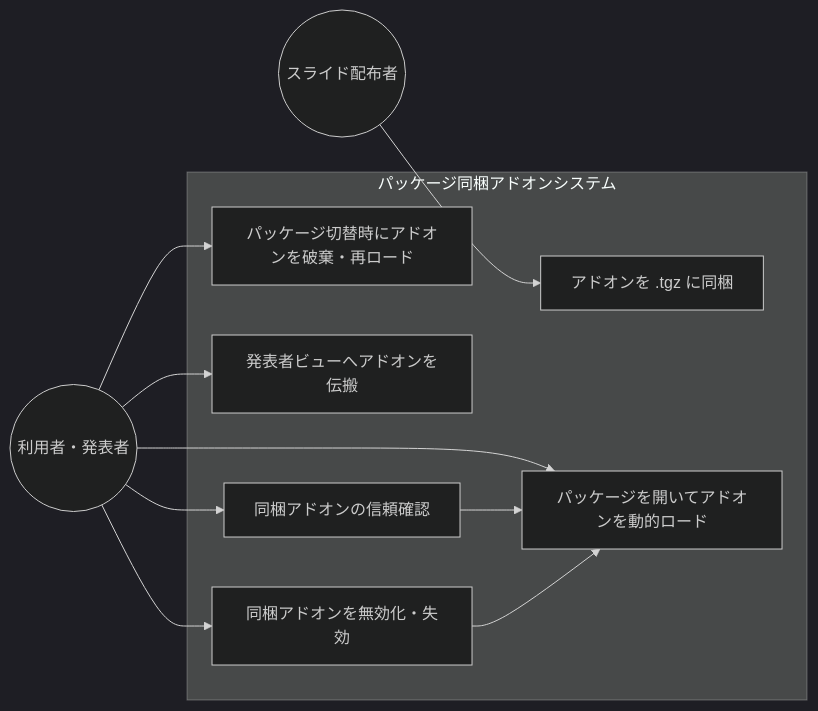
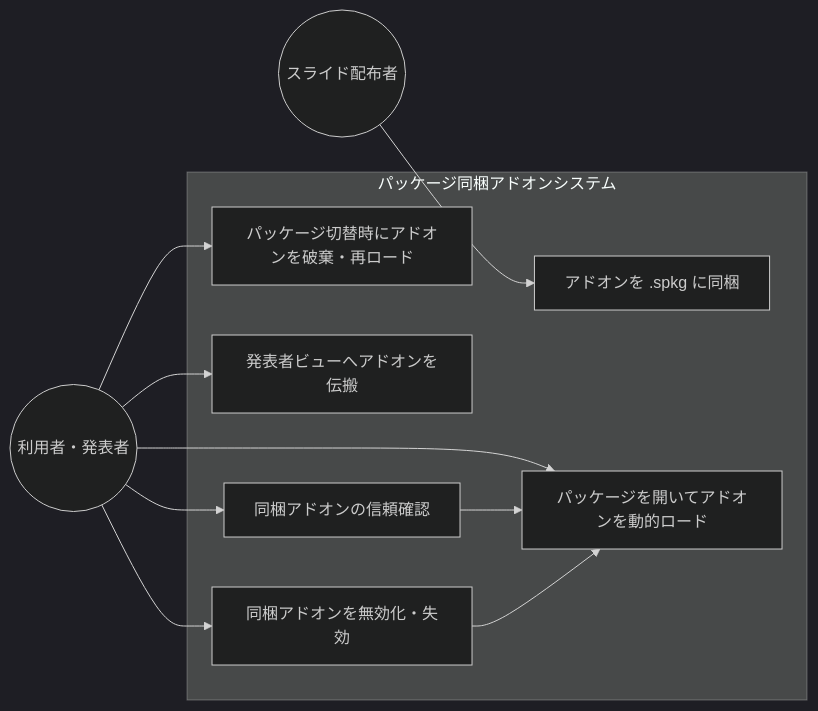
Before and after one commit to ToshikiImagawa/slide-presentation-app: the first of 2 diagrams in .sdd/requirement/package-embedded-addon.md, drawn with Mermaid. The commit also changed other lines of this file and 25 other files, not shown here.

````diff
--- a/.sdd/requirement/package-embedded-addon.md
+++ b/.sdd/requirement/package-embedded-addon.md
@@ -78,24 +78,24 @@
 ```mermaid
 %%{init: {'theme': 'dark'}}%%
 flowchart LR
     Author((スライド配布者))
     User((利用者・発表者))
 
     subgraph System["パッケージ同梱アドオンシステム"]
-        UC1[アドオンを .tgz に同梱]
+        UC1[アドオンを .spkg に同梱]
         UC2[パッケージを開いてアドオンを動的ロード]
         UC3[パッケージ切替時にアドオンを破棄・再ロード]
         UC4[発表者ビューへアドオンを伝搬]
         UC5[同梱アドオンの信頼確認]
         UC6[同梱アドオンを無効化・失効]
     end
 
     Author --> UC1
     User --> UC2
     User --> UC3
     User --> UC4
     User --> UC5
     User --> UC6
     UC5 --> UC2
     UC6 --> UC2
 ```
````
